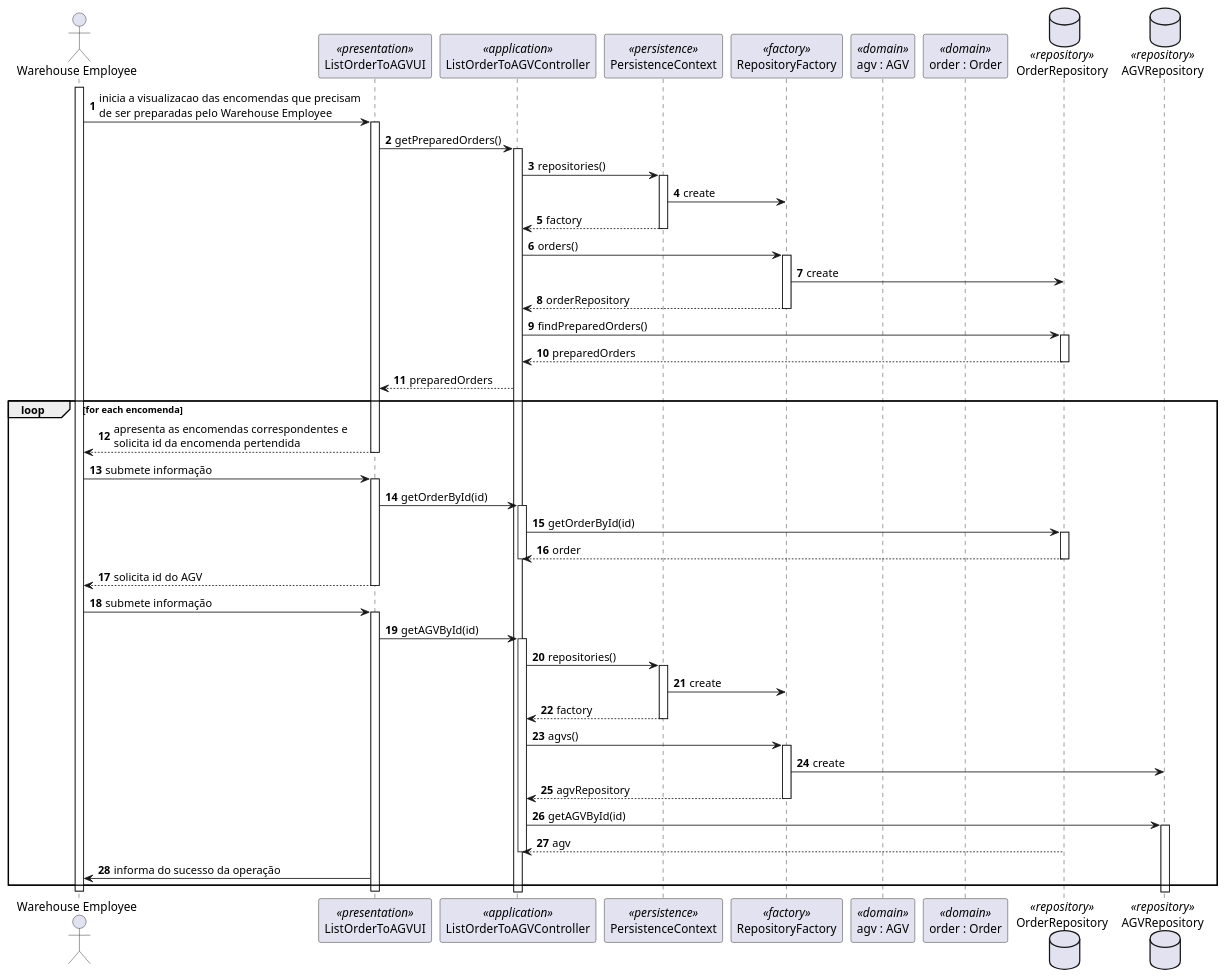
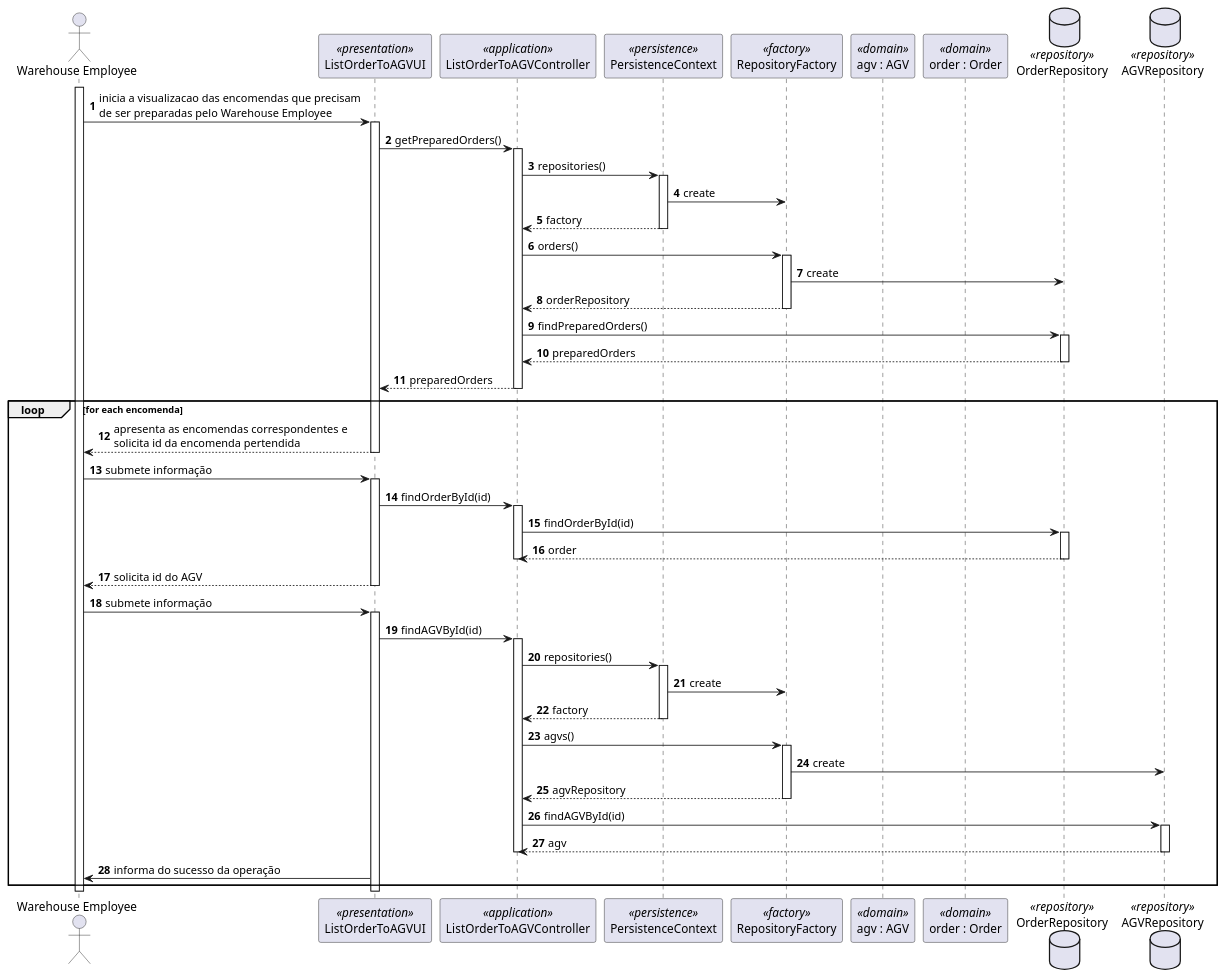
One commit to 1190772/LAB-Project-4 changed the diagram in Documentação/1190679/US2003/2003_SD.puml. Above: the diagram before and after it, drawn with PlantUML. The commit also changed 5 other files, not shown here.

```diff
--- a/Documentação/1190679/US2003/2003_SD.puml
+++ b/Documentação/1190679/US2003/2003_SD.puml
@@ -1,72 +1,74 @@
 @startuml
 autonumber
 actor "Warehouse Employee" as WE
 participant "ListOrderToAGVUI" as UI <<presentation>>
 participant "ListOrderToAGVController" as CTRL <<application>>
 participant PersistenceContext as PER <<persistence>>
 participant "RepositoryFactory" as REPOFACT <<factory>>
 participant "agv : AGV" as AGV <<domain>>
 participant "order : Order" as ORDER <<domain>>
 database "OrderRepository" as orderREPO <<repository>>
 database "AGVRepository" as agvREPO <<repository>>
 
 
 
 activate WE
 WE -> UI : inicia a visualizacao das encomendas que precisam\nde ser preparadas pelo Warehouse Employee
 activate UI
 UI -> CTRL : getPreparedOrders()
 activate CTRL
 CTRL -> PER : repositories()
 activate PER
 PER -> REPOFACT : create
 PER --> CTRL : factory
 deactivate PER
 CTRL -> REPOFACT : orders()
 activate REPOFACT
 REPOFACT -> orderREPO : create
 REPOFACT --> CTRL : orderRepository
 deactivate REPOFACT
 CTRL -> orderREPO : findPreparedOrders()
 activate orderREPO
 orderREPO --> CTRL : preparedOrders
 deactivate orderREPO
 CTRL --> UI : preparedOrders
+deactivate CTRL
 loop for each encomenda
 UI --> WE : apresenta as encomendas correspondentes e\nsolicita id da encomenda pertendida
 deactivate UI
 WE -> UI : submete informação
 activate UI
-UI -> CTRL : getOrderById(id)
+UI -> CTRL : findOrderById(id)
 activate CTRL
-CTRL -> orderREPO : getOrderById(id)
+CTRL -> orderREPO : findOrderById(id)
 activate orderREPO
 orderREPO --> CTRL : order
 deactivate orderREPO
 deactivate CTRL
 UI --> WE : solicita id do AGV
 deactivate UI
 WE -> UI : submete informação
 activate UI
-UI -> CTRL : getAGVById(id)
+UI -> CTRL : findAGVById(id)
 activate CTRL
 CTRL -> PER : repositories()
 activate PER
 PER -> REPOFACT : create
 PER --> CTRL : factory
 deactivate PER
 CTRL -> REPOFACT : agvs()
 activate REPOFACT
 REPOFACT -> agvREPO : create
 REPOFACT --> CTRL : agvRepository
 deactivate REPOFACT
-CTRL -> agvREPO : getAGVById(id)
+CTRL -> agvREPO : findAGVById(id)
 activate agvREPO
-orderREPO --> CTRL : agv
+agvREPO --> CTRL : agv
+deactivate agvREPO
 deactivate CTRL
 UI -> WE : informa do sucesso da operação
 end
 deactivate UI
 deactivate WE
 
 @enduml
```
